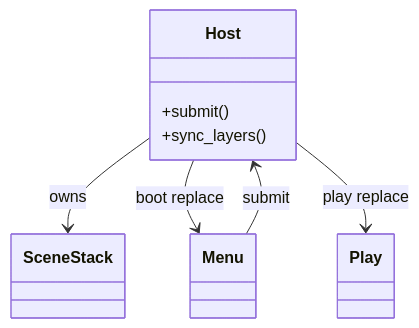
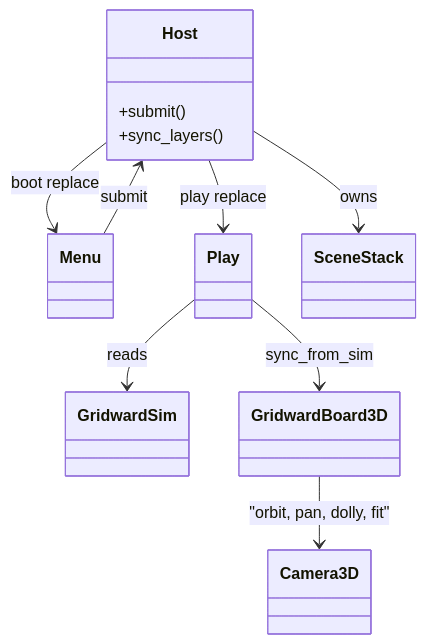
One commit to kblaszki/godot-game changed the first of 2 diagrams in games/gridward/docs/reference/app.md. Above: the diagram before and after it, drawn with Mermaid. The commit also changed other lines of this file and 6 other files, not shown here.

First line of the commit message:
Present Gridward board state in GridwardBoard3D.

````diff
--- a/games/gridward/docs/reference/app.md
+++ b/games/gridward/docs/reference/app.md
@@ -28,14 +31,20 @@
 ```mermaid
 classDiagram
   class Host {
     +submit()
     +sync_layers()
   }
   class Menu
   class Play
   class SceneStack
+  class GridwardSim
+  class GridwardBoard3D
+  class Camera3D
   Host --> SceneStack : owns
   Host --> Menu : boot replace
   Host --> Play : play replace
   Menu --> Host : submit
+  Play --> GridwardSim : reads
+  Play --> GridwardBoard3D : sync_from_sim
+  GridwardBoard3D --> Camera3D : "orbit, pan, dolly, fit"
 ```
````
